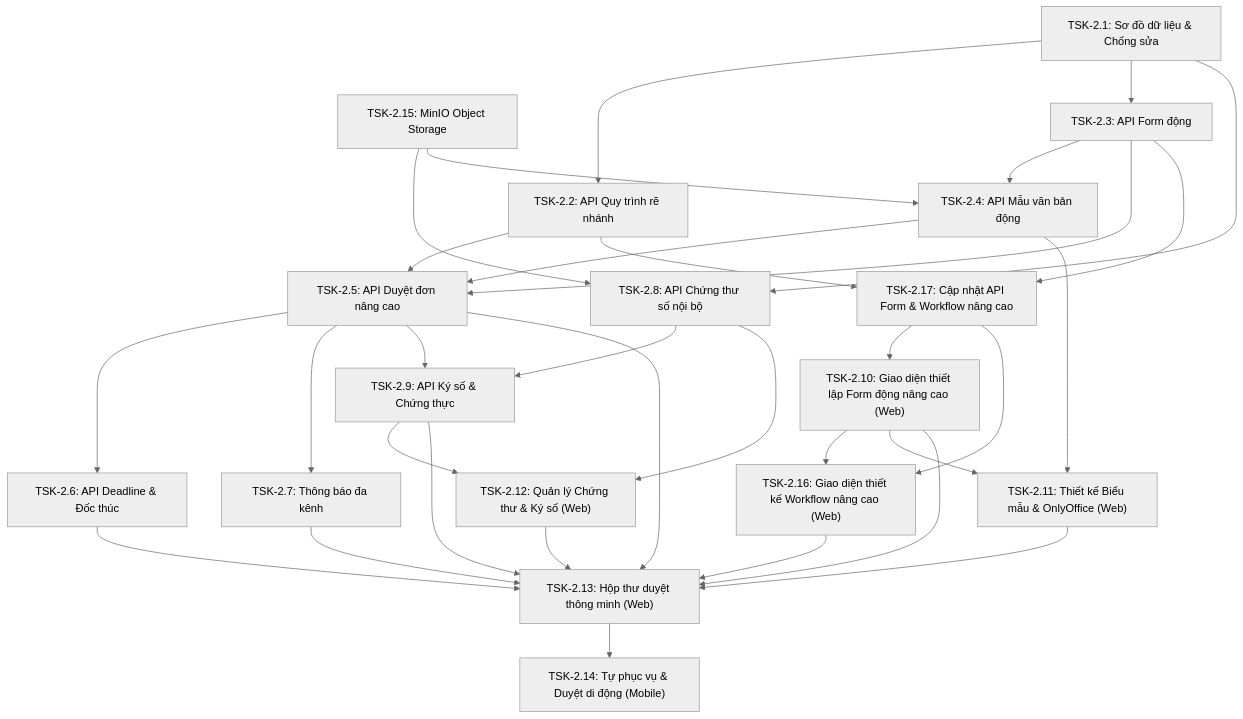
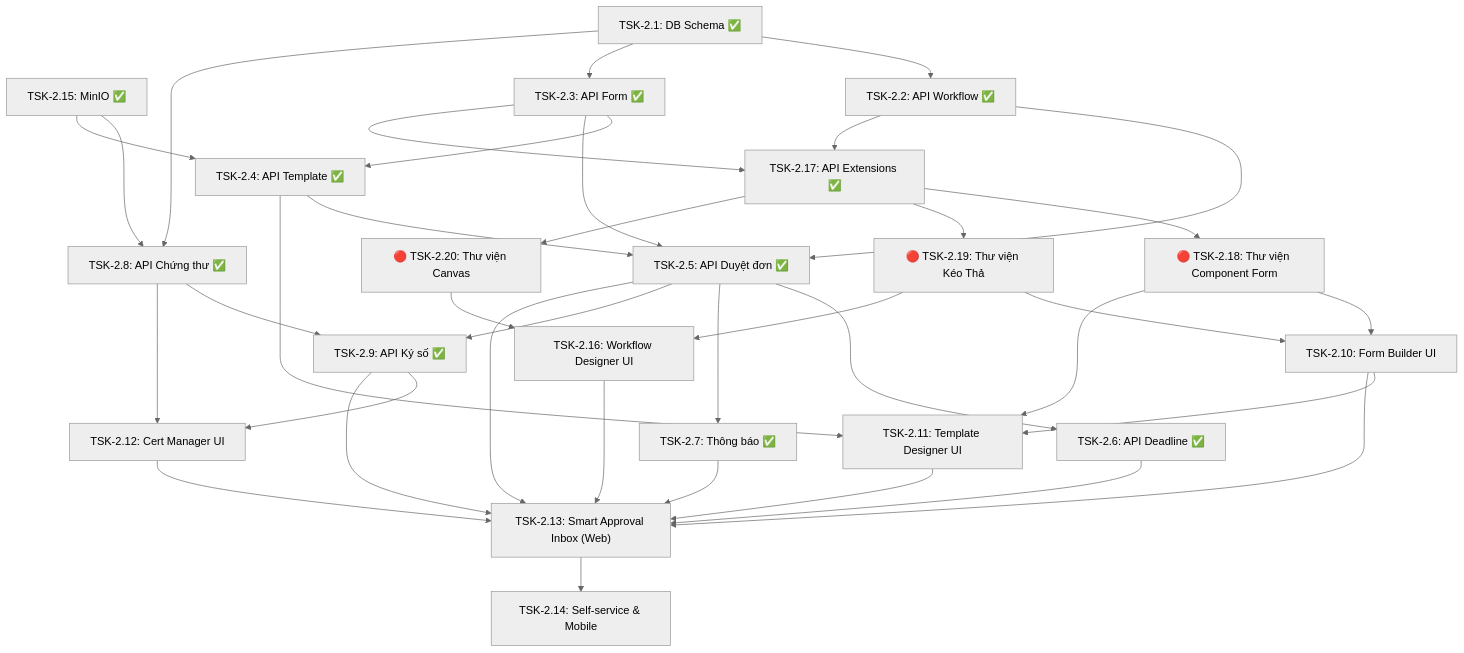
The diagram in docs/05_project_management/sprint_2/README.md (min3rd/open-erp), drawn with Mermaid (neutral theme) before and after one commit. The commit also changed other lines of this file and 3 other files, not shown here.

````diff
--- a/docs/05_project_management/sprint_2/README.md
+++ b/docs/05_project_management/sprint_2/README.md
@@ -51,30 +54,45 @@
 ```mermaid
 flowchart TD
-    TSK215["TSK-2.15: MinIO Object Storage"]
-    TSK21["TSK-2.1: Sơ đồ dữ liệu & Chống sửa"]
-    
-    TSK21 --> TSK22["TSK-2.2: API Quy trình rẽ nhánh"]
-    TSK21 --> TSK23["TSK-2.3: API Form động"]
-    
-    TSK215 & TSK21 --> TSK28["TSK-2.8: API Chứng thư số nội bộ"]
-    TSK215 & TSK23 --> TSK24["TSK-2.4: API Mẫu văn bản động"]
+    %% ===== TẦNG 1: Backend Foundation (Đã hoàn thành) =====
+    TSK215["TSK-2.15: MinIO ✅"]
+    TSK21["TSK-2.1: DB Schema ✅"]
+    TSK22["TSK-2.2: API Workflow ✅"]
+    TSK23["TSK-2.3: API Form ✅"]
+    TSK24["TSK-2.4: API Template ✅"]
+    TSK25["TSK-2.5: API Duyệt đơn ✅"]
+    TSK26["TSK-2.6: API Deadline ✅"]
+    TSK27["TSK-2.7: Thông báo ✅"]
+    TSK28["TSK-2.8: API Chứng thư ✅"]
+    TSK29["TSK-2.9: API Ký số ✅"]
+    TSK217["TSK-2.17: API Extensions ✅"]
 
-    TSK22 & TSK23 & TSK24 --> TSK25["TSK-2.5: API Duyệt đơn nâng cao"]
+    TSK21 --> TSK22
+    TSK21 --> TSK23
+    TSK215 & TSK21 --> TSK28
+    TSK215 & TSK23 --> TSK24
+    TSK22 & TSK23 & TSK24 --> TSK25
+    TSK25 --> TSK26
+    TSK25 --> TSK27
+    TSK28 --> TSK29
+    TSK25 --> TSK29
+    TSK22 & TSK23 --> TSK217
 
-    TSK25 --> TSK26["TSK-2.6: API Deadline & Đốc thúc"]
-    TSK25 --> TSK27["TSK-2.7: Thông báo đa kênh"]
-    
-    TSK28 --> TSK29["TSK-2.9: API Ký số & Chứng thực"]
-    TSK25 --> TSK29
+    %% ===== TẦNG 2: Ba thư viện nền tảng FE - ƯU TIÊN CAO NHẤT =====
+    TSK217 --> TSK218["🔴 TSK-2.18: Thư viện Component Form"]
+    TSK217 --> TSK219["🔴 TSK-2.19: Thư viện Kéo Thả"]
+    TSK217 --> TSK220["🔴 TSK-2.20: Thư viện Canvas"]
 
-    TSK22 & TSK23 --> TSK217["TSK-2.17: Cập nhật API Form & Workflow nâng cao"]
-    TSK217 --> TSK210["TSK-2.10: Giao diện thiết lập Form động nâng cao (Web)"]
-    TSK217 & TSK210 --> TSK216["TSK-2.16: Giao diện thiết kế Workflow nâng cao (Web)"]
-    TSK24 & TSK210 --> TSK211["TSK-2.11: Thiết kế Biểu mẫu & OnlyOffice (Web)"]
-    
-    TSK28 & TSK29 --> TSK212["TSK-2.12: Quản lý Chứng thư & Ký số (Web)"]
+    %% ===== TẦNG 3: Giao diện phức tạp - phụ thuộc thư viện =====
+    TSK218 & TSK219 --> TSK210["TSK-2.10: Form Builder UI"]
+    TSK219 & TSK220 --> TSK216["TSK-2.16: Workflow Designer UI"]
 
-    TSK25 & TSK26 & TSK27 & TSK29 & TSK210 & TSK211 & TSK212 & TSK216 --> TSK213["TSK-2.13: Hộp thư duyệt thông minh (Web)"]
-    
-    TSK213 --> TSK214["TSK-2.14: Tự phục vụ & Duyệt di động (Mobile)"]
+    %% ===== TẦNG 4: Giao diện tích hợp =====
+    TSK218 & TSK24 & TSK210 --> TSK211["TSK-2.11: Template Designer UI"]
+    TSK28 & TSK29 --> TSK212["TSK-2.12: Cert Manager UI"]
+
+    %% ===== TẦNG 5: Giao diện tổng hợp =====
+    TSK25 & TSK26 & TSK27 & TSK29 & TSK210 & TSK211 & TSK212 & TSK216 --> TSK213["TSK-2.13: Smart Approval Inbox (Web)"]
+
+    %% ===== TẦNG 6: Mobile (Cuối cùng) =====
+    TSK213 --> TSK214["TSK-2.14: Self-service & Mobile"]
 ```
````
